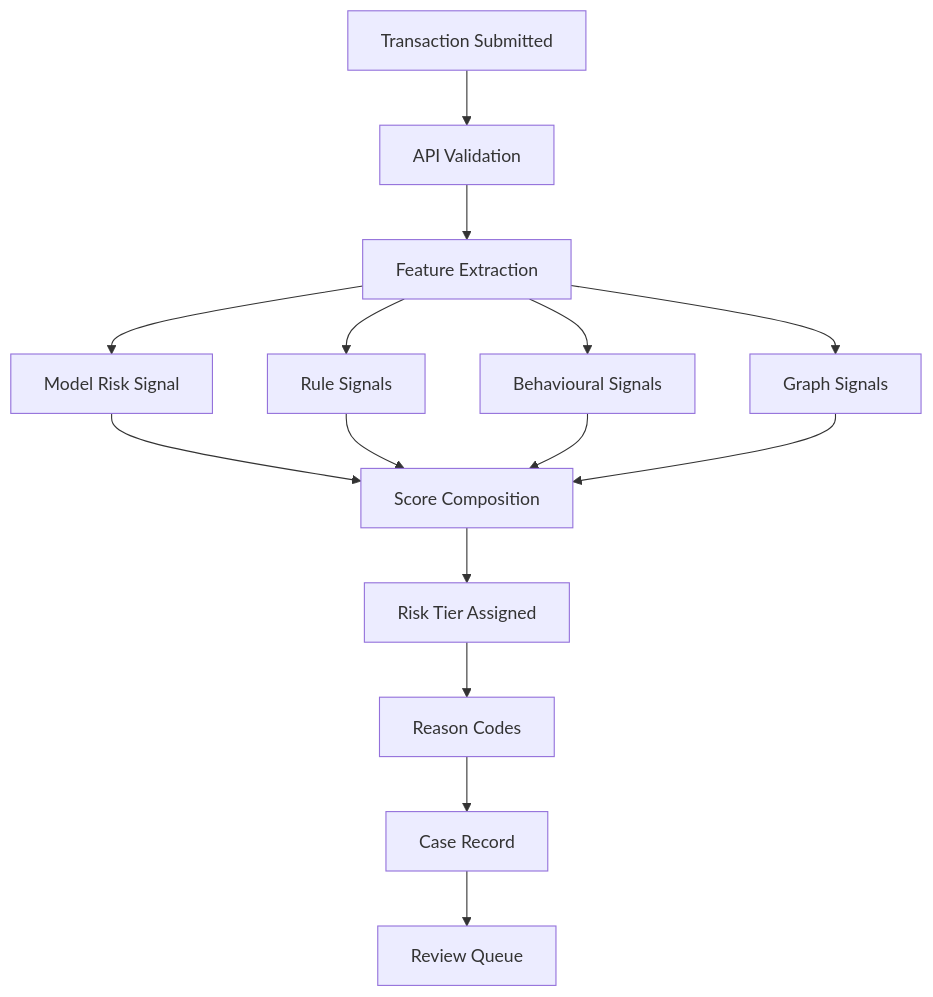
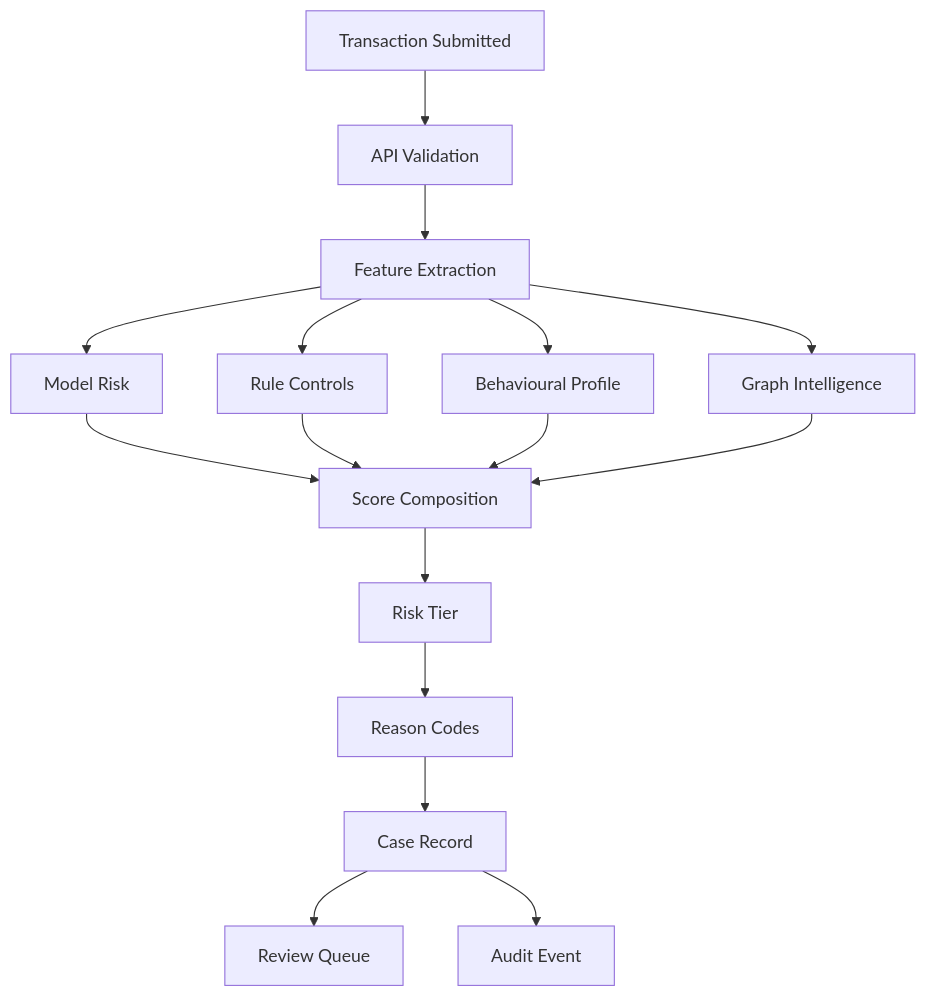
One commit to IjazKakkodDS/transaction-fraud-intelligence-console changed the second of 6 diagrams in README.md. Above: the diagram before and after it, drawn with Mermaid. The commit also changed other lines of this file, not shown here.

Commit message:
Enhance README architecture and reviewer flow

````diff
--- a/README.md
+++ b/README.md
@@ -266,29 +303,31 @@
 ```mermaid
 graph TD
 A[Transaction Submitted]
 B[API Validation]
 C[Feature Extraction]
-D[Model Risk Signal]
-E[Rule Signals]
-F[Behavioural Signals]
-G[Graph Signals]
+D[Model Risk]
+E[Rule Controls]
+F[Behavioural Profile]
+G[Graph Intelligence]
 H[Score Composition]
-I[Risk Tier Assigned]
+I[Risk Tier]
 J[Reason Codes]
 K[Case Record]
 L[Review Queue]
+M[Audit Event]
 A --> B
 B --> C
 C --> D
 C --> E
 C --> F
 C --> G
 D --> H
 E --> H
 F --> H
 G --> H
 H --> I
 I --> J
 J --> K
 K --> L
+K --> M
 ```
````
